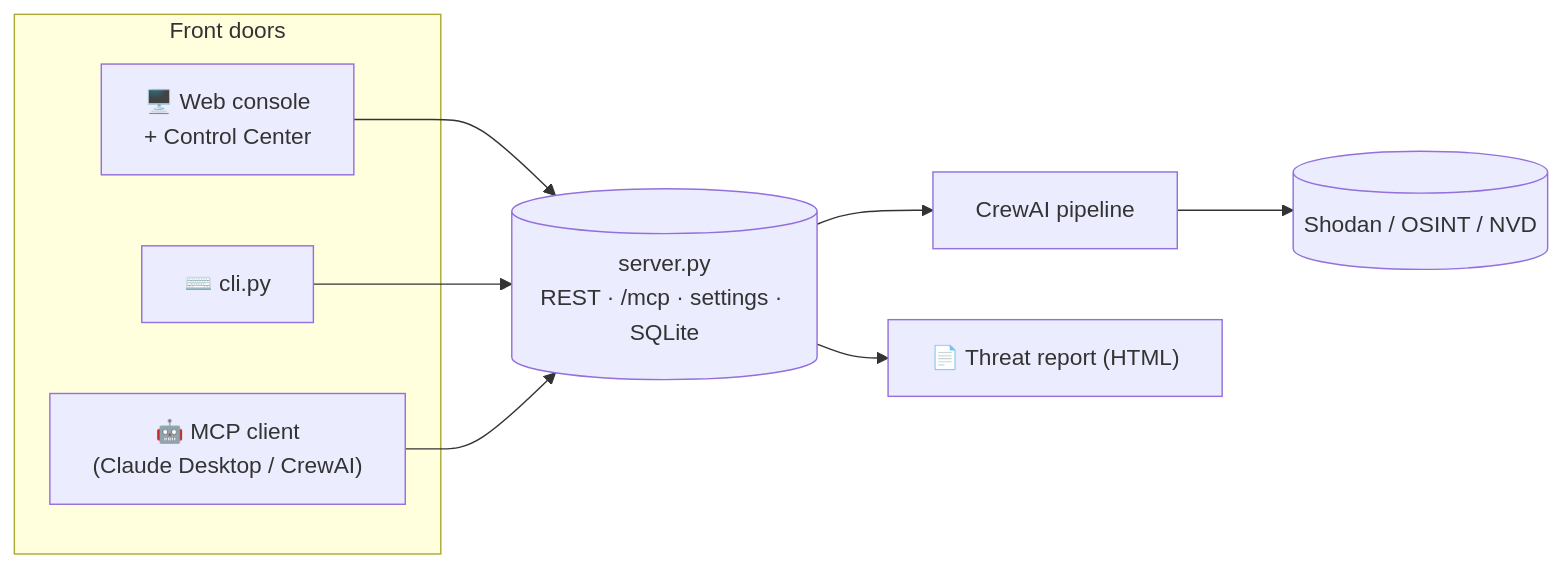
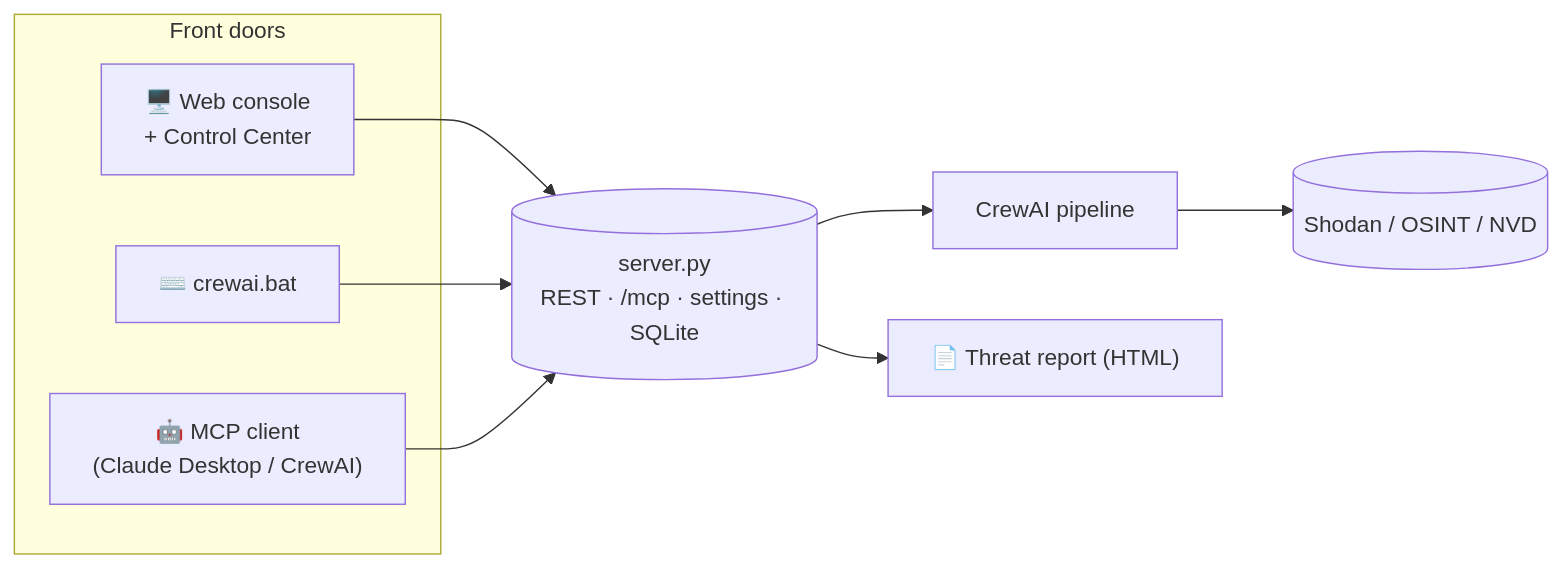
Before and after one commit to maaamamia/shodansnipe_crew-v2: the first of 3 diagrams in README.md, drawn with Mermaid. The commit also changed other lines of this file, not shown here.

````diff
--- a/README.md
+++ b/README.md
@@ -79,15 +79,15 @@
 ```mermaid
 flowchart LR
     subgraph Front doors
       G["🖥️ Web console<br/>+ Control Center"]
-      C["⌨️ cli.py"]
+      C["⌨️ crewai.bat"]
       M["🤖 MCP client<br/>(Claude Desktop / CrewAI)"]
     end
     S[("server.py<br/>REST · /mcp · settings · SQLite")]
     G --> S
     C --> S
     M --> S
     S --> CR["CrewAI pipeline"]
     CR --> SH[("Shodan / OSINT / NVD")]
     S --> RP["📄 Threat report (HTML)"]
 ```
````
